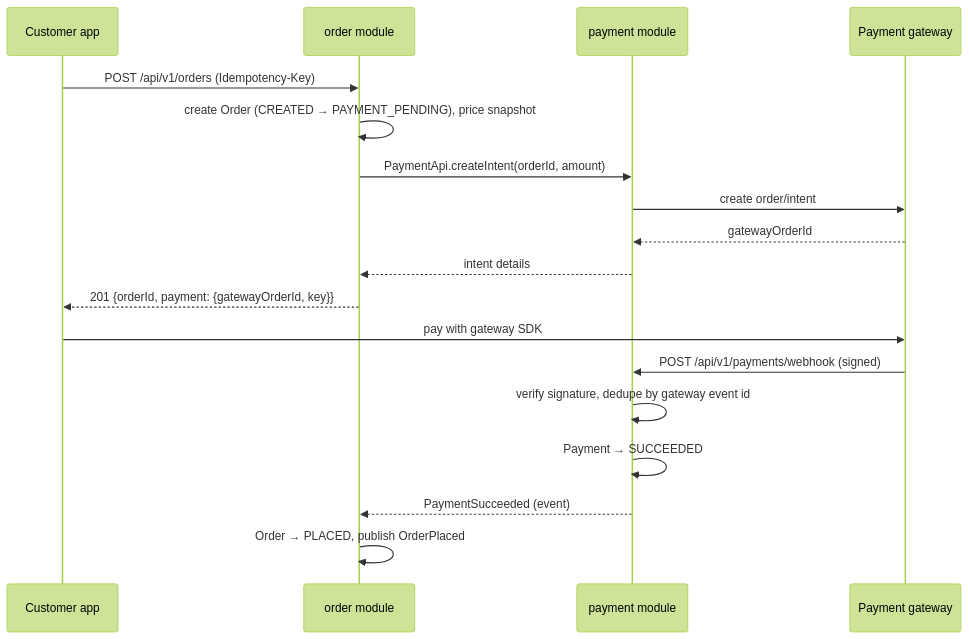
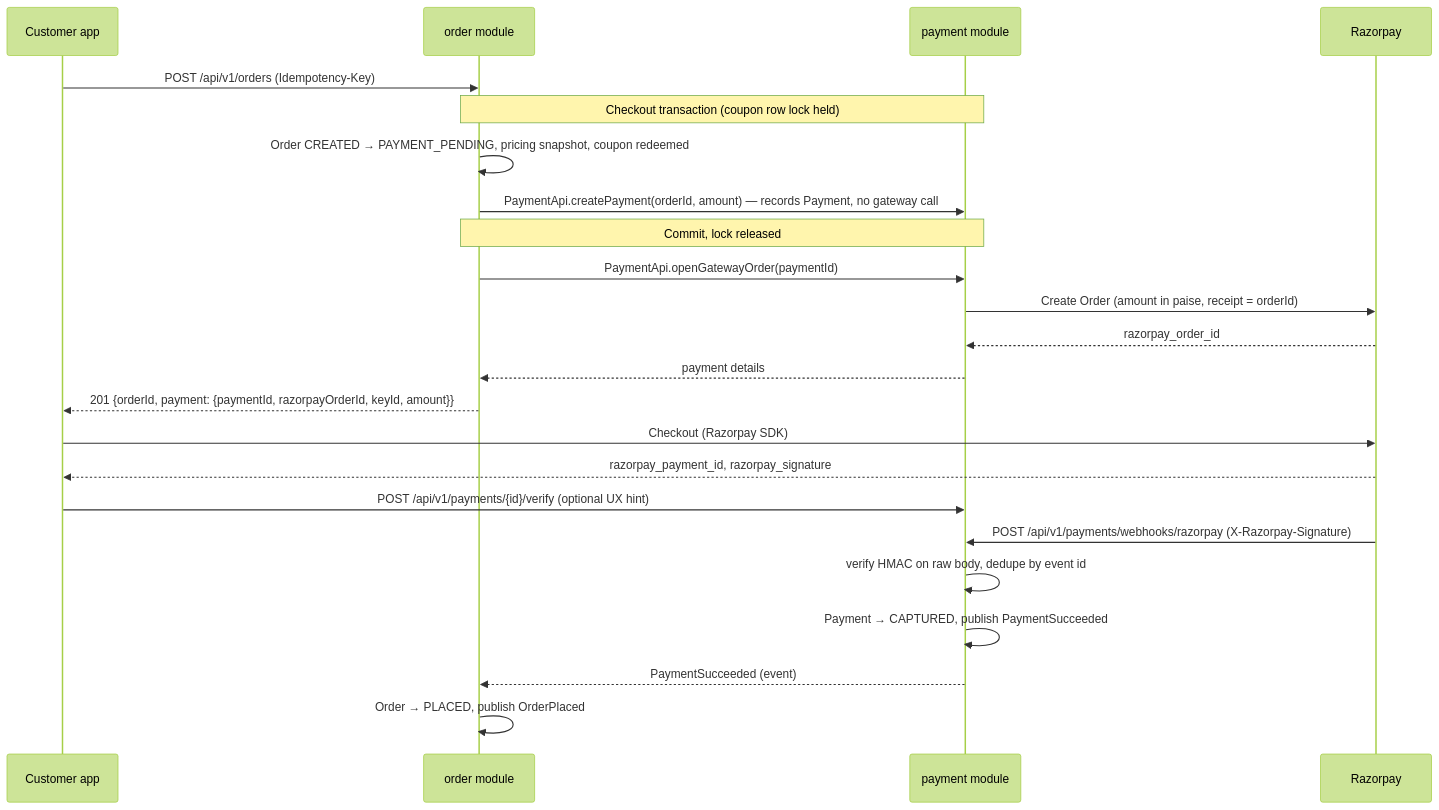
One commit to spatel-ai/vsnvi changed the fourth of 4 diagrams in docs/ARCHITECTURE.md. Above: the diagram before and after it, drawn with Mermaid (forest theme). The commit also changed other lines of this file and 24 other files, not shown here.

````diff
--- a/docs/ARCHITECTURE.md
+++ b/docs/ARCHITECTURE.md
@@ -186,21 +395,26 @@
 ```mermaid
 sequenceDiagram
     participant C as Customer app
     participant O as order module
     participant P as payment module
-    participant G as Payment gateway
+    participant RZ as Razorpay
 
     C->>O: POST /api/v1/orders (Idempotency-Key)
-    O->>O: create Order (CREATED → PAYMENT_PENDING), price snapshot
-    O->>P: PaymentApi.createIntent(orderId, amount)
-    P->>G: create order/intent
-    G-->>P: gatewayOrderId
-    P-->>O: intent details
-    O-->>C: 201 {orderId, payment: {gatewayOrderId, key}}
-    C->>G: pay with gateway SDK
-    G->>P: POST /api/v1/payments/webhook (signed)
-    P->>P: verify signature, dedupe by gateway event id
-    P->>P: Payment → SUCCEEDED
+    Note over O,P: Checkout transaction (coupon row lock held)
+    O->>O: Order CREATED → PAYMENT_PENDING, pricing snapshot, coupon redeemed
+    O->>P: PaymentApi.createPayment(orderId, amount) — records Payment, no gateway call
+    Note over O,P: Commit, lock released
+    O->>P: PaymentApi.openGatewayOrder(paymentId)
+    P->>RZ: Create Order (amount in paise, receipt = orderId)
+    RZ-->>P: razorpay_order_id
+    P-->>O: payment details
+    O-->>C: 201 {orderId, payment: {paymentId, razorpayOrderId, keyId, amount}}
+    C->>RZ: Checkout (Razorpay SDK)
+    RZ-->>C: razorpay_payment_id, razorpay_signature
+    C->>P: POST /api/v1/payments/{id}/verify (optional UX hint)
+    RZ->>P: POST /api/v1/payments/webhooks/razorpay (X-Razorpay-Signature)
+    P->>P: verify HMAC on raw body, dedupe by event id
+    P->>P: Payment → CAPTURED, publish PaymentSucceeded
     P-->>O: PaymentSucceeded (event)
     O->>O: Order → PLACED, publish OrderPlaced
 ```
````
